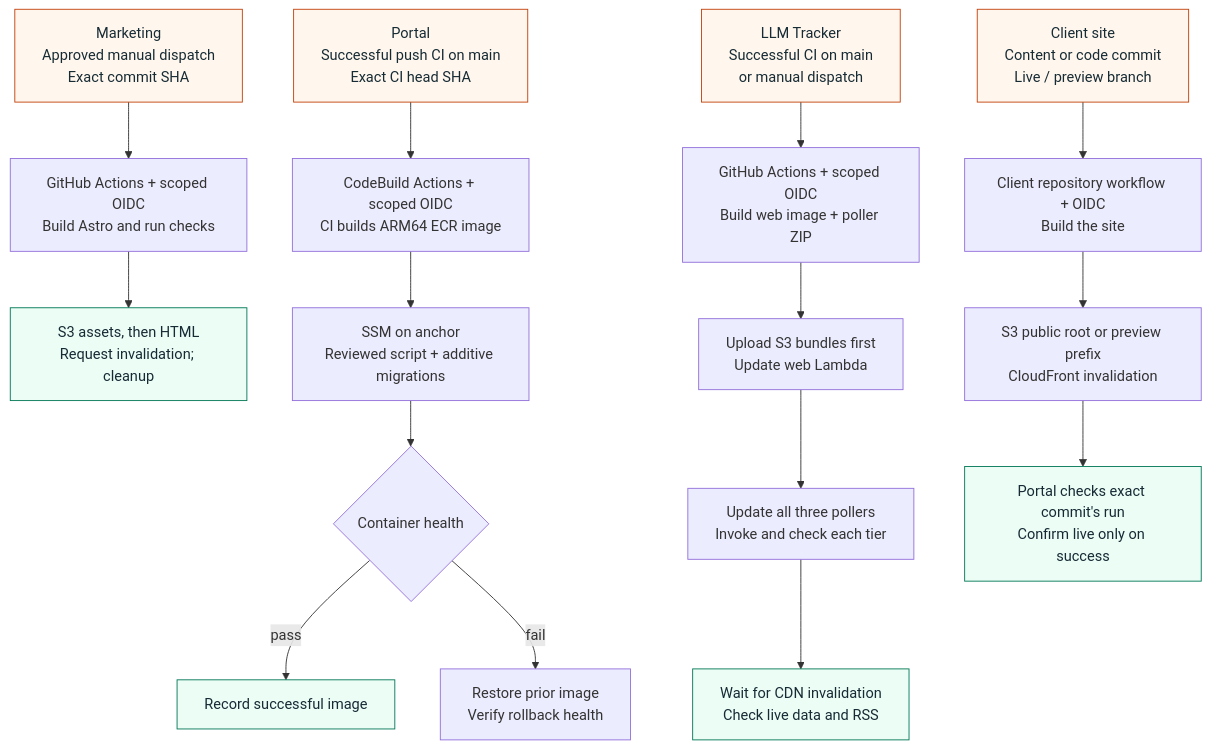
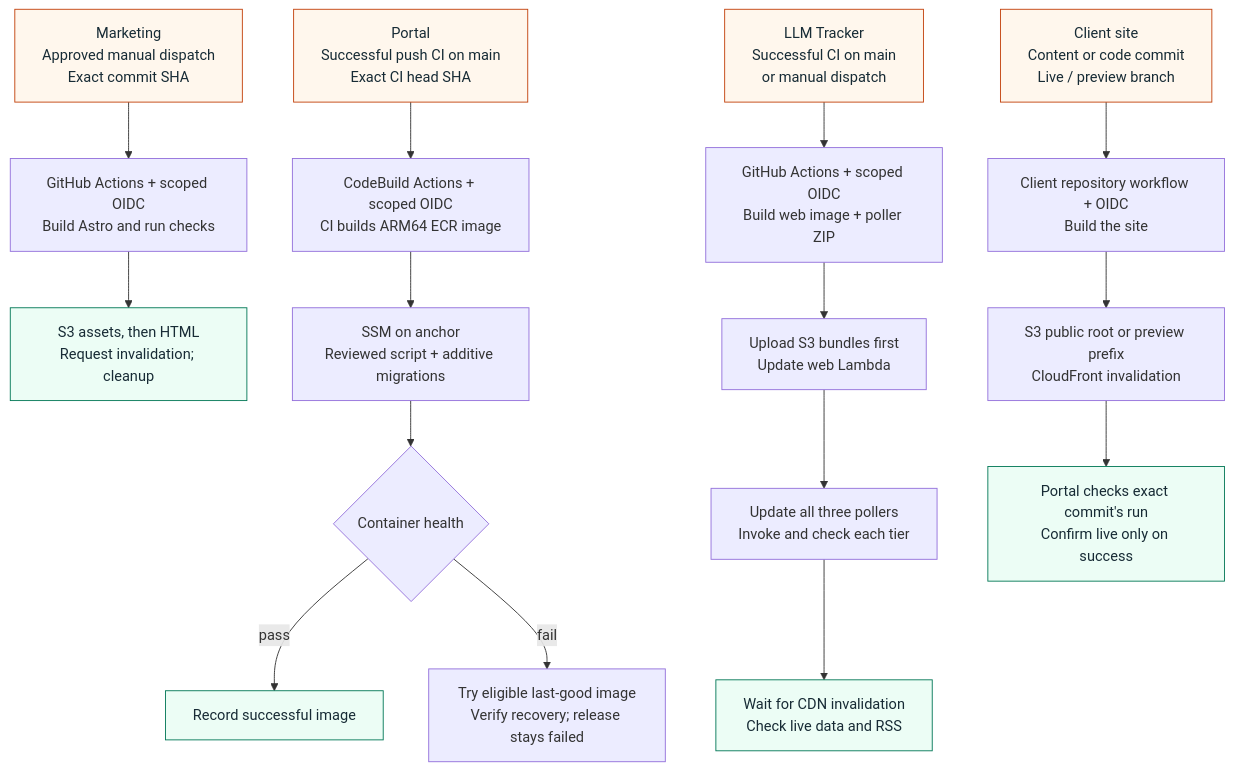
One commit to JadenRazo/raizhost-architecture changed the diagram in diagrams/deploy-flow.mmd. Above: the diagram before and after it, drawn with Mermaid. The commit also changed 37 other files, not shown here.

Commit message:
docs: make architecture journeys readable on desktop and mobile (#8)

```diff
--- a/diagrams/deploy-flow.mmd
+++ b/diagrams/deploy-flow.mmd
@@ -1,28 +1,28 @@
 flowchart TB
   marketing["Marketing<br/>Approved manual dispatch<br/>Exact commit SHA"]
   portal["Portal<br/>Successful push CI on main<br/>Exact CI head SHA"]
   tracker["LLM Tracker<br/>Successful CI on main<br/>or manual dispatch"]
   client["Client site<br/>Content or code commit<br/>Live / preview branch"]
 
   marketing --> mjob["GitHub Actions + scoped OIDC<br/>Build Astro and run checks"]
   mjob --> ms3["S3 assets, then HTML<br/>Request invalidation; cleanup"]
 
   portal --> pjob["CodeBuild Actions + scoped OIDC<br/>CI builds ARM64 ECR image"]
   pjob --> ssm["SSM on anchor<br/>Reviewed script + additive migrations"]
   ssm --> health{"Container health"}
   health -->|"pass"| live["Record successful image"]
-  health -->|"fail"| rollback["Restore prior image<br/>Verify rollback health"]
+  health -->|"fail"| rollback["Try eligible last-good image<br/>Verify recovery; release stays failed"]
 
   tracker --> tjob["GitHub Actions + scoped OIDC<br/>Build web image + poller ZIP"]
   tjob --> web["Upload S3 bundles first<br/>Update web Lambda"]
   web --> workers["Update all three pollers<br/>Invoke and check each tier"]
   workers --> verify["Wait for CDN invalidation<br/>Check live data and RSS"]
 
   client --> cjob["Client repository workflow + OIDC<br/>Build the site"]
   cjob --> target["S3 public root or preview prefix<br/>CloudFront invalidation"]
   target --> status["Portal checks exact commit's run<br/>Confirm live only on success"]
 
   classDef start fill:#fff7ed,stroke:#c2410c,color:#172b35
   classDef finish fill:#ecfdf5,stroke:#047857,color:#172b35
   class marketing,portal,tracker,client start
   class ms3,live,verify,status finish
```
